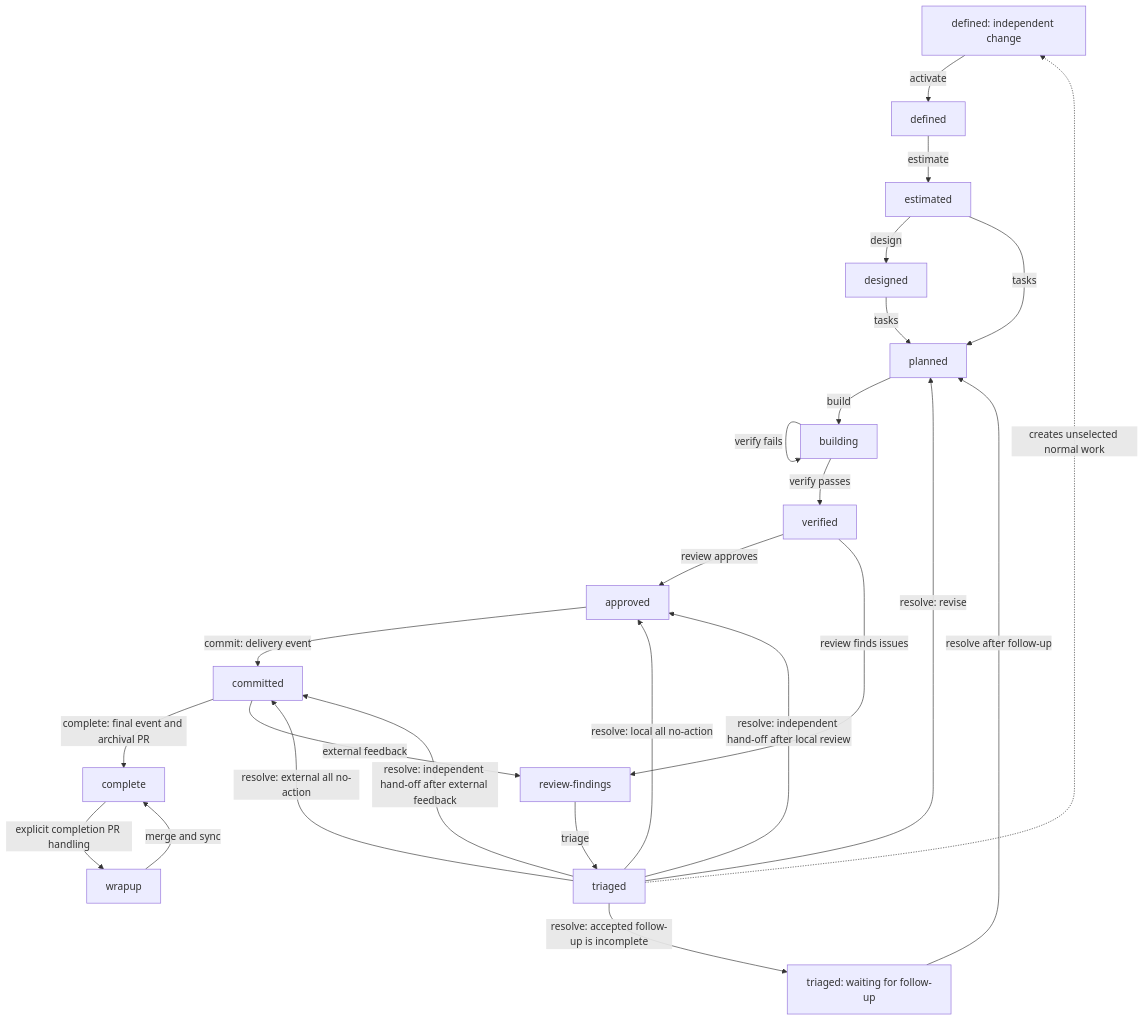
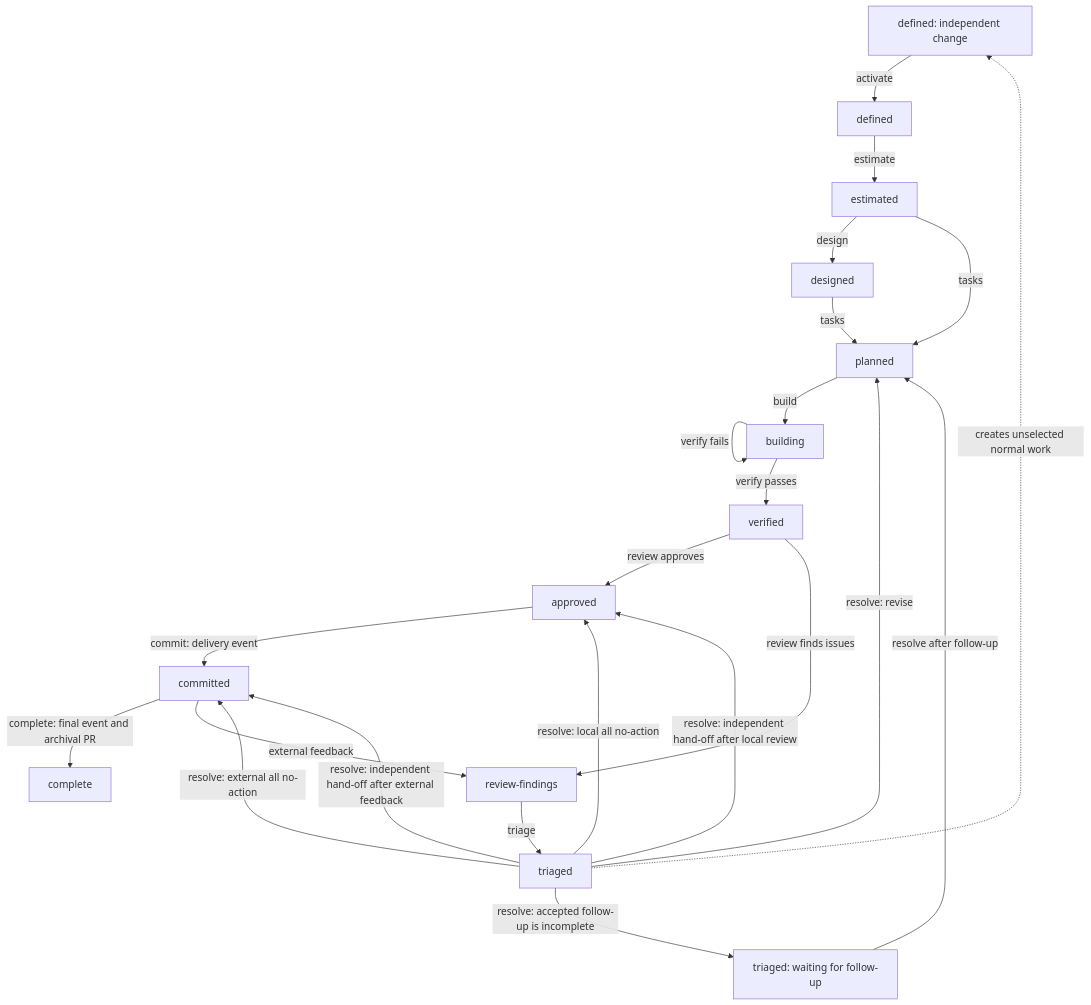
Before and after one commit to deeprave/specle: the first of 3 diagrams in docs/LIFECYCLE.md, drawn with Mermaid. The commit also changed other lines of this file and 4 other files, not shown here.

Commit message:
docs: clarify wrapup lifecycle handling

````diff
--- a/docs/LIFECYCLE.md
+++ b/docs/LIFECYCLE.md
@@ -73,28 +73,26 @@
 ```mermaid
 flowchart TB
   unselected_defined[unselected defined] -->|activate| defined
   defined -->|estimate| estimated
   estimated -->|design| designed
   estimated -->|tasks| planned
   designed -->|tasks| planned
   planned -->|build| building
   building -->|build| building
   building -->|verify passes| verified
   building -->|verify fails| building
   verified -->|review approves| approved
   approved -->|commit: delivery event| committed
   committed -->|complete: final event and archival PR| complete
-  complete -->|explicit completion PR handling| wrapup
-  wrapup -->|merge and sync| complete
   committed -->|external feedback| review_findings
   verified -->|review finds issues| review_findings[review-findings]
   review_findings -->|triage| triaged
   triaged -->|resolve: revise| planned
   triaged -->|resolve: accepted follow-up is incomplete| waiting[triaged: waiting for follow-up]
   waiting -->|resolve after follow-up| planned
   triaged -->|resolve: local all no-action| approved
   triaged -->|resolve: external all no-action| committed
   triaged -->|resolve: independent hand-off after local review| approved
   triaged -->|resolve: independent hand-off after external feedback| committed
   triaged -.->|creates unselected normal work| unselected_defined[defined: independent change]
 ```
````
